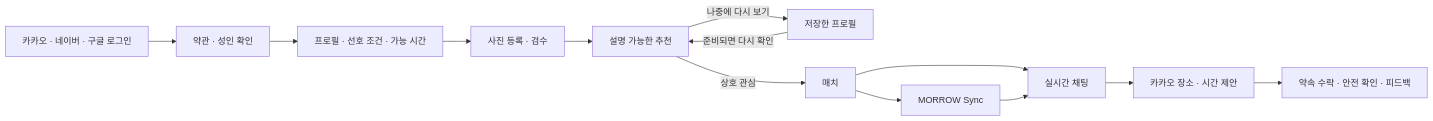
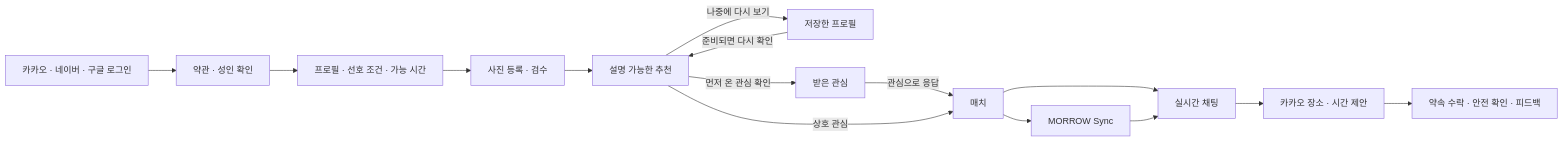
The first of 2 diagrams in README.md (boclair98/morrow), drawn with Mermaid before and after one commit. The commit also changed other lines of this file, not shown here.

````diff
--- a/README.md
+++ b/README.md
@@ -82,15 +83,17 @@
 ```mermaid
 flowchart LR
     A[카카오 · 네이버 · 구글 로그인] --> B[약관 · 성인 확인]
     B --> C[프로필 · 선호 조건 · 가능 시간]
     C --> D[사진 등록 · 검수]
     D --> E[설명 가능한 추천]
     E -->|나중에 다시 보기| K[저장한 프로필]
     K -->|준비되면 다시 확인| E
+    E -->|먼저 온 관심 확인| L[받은 관심]
+    L -->|관심으로 응답| F
     E -->|상호 관심| F[매치]
     F --> G[MORROW Sync]
     F --> H[실시간 채팅]
     G --> H
     H --> I[카카오 장소 · 시간 제안]
     I --> J[약속 수락 · 안전 확인 · 피드백]
 ```
````
